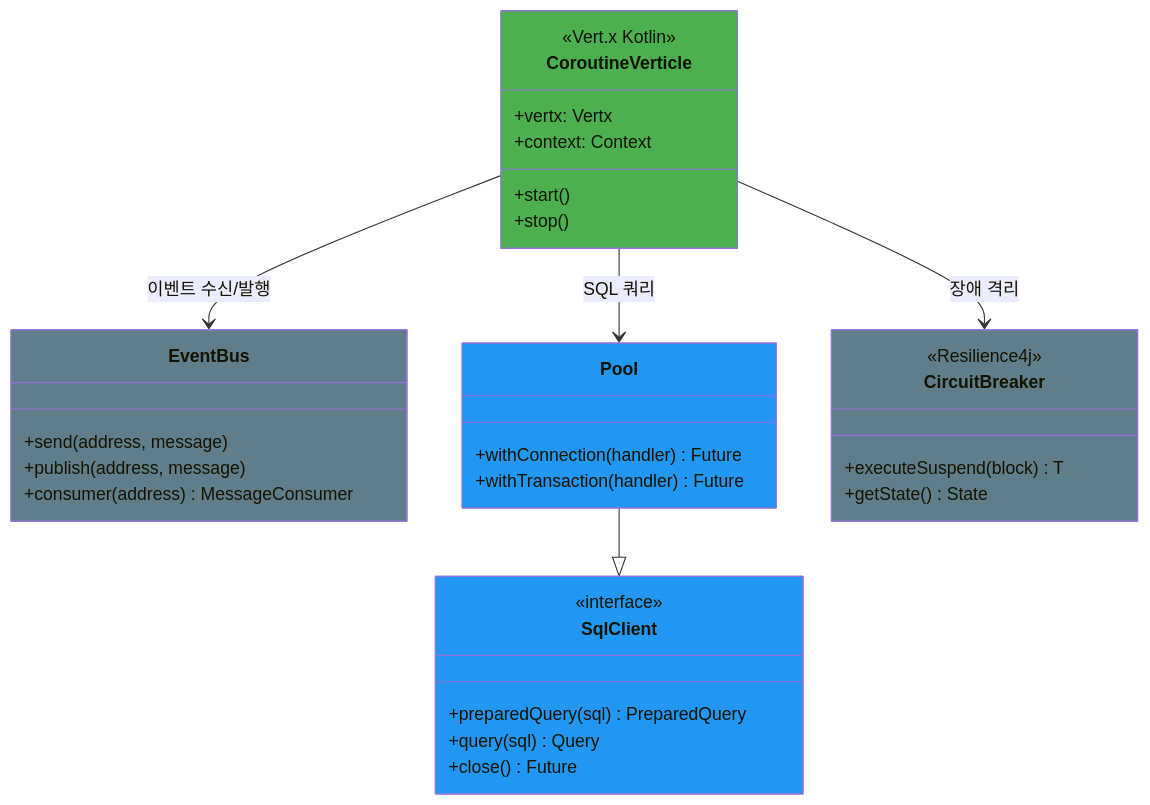
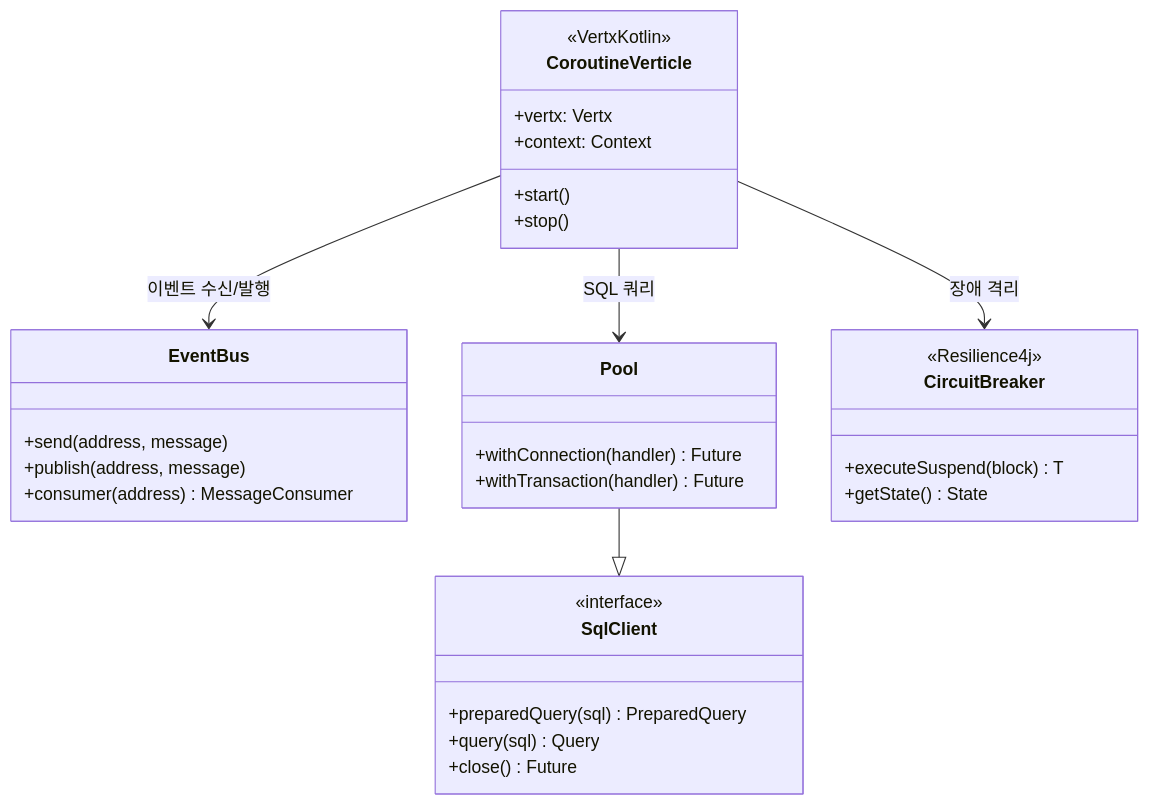
The fourth of 4 diagrams in io/vertx/README.md (bluetape4k/bluetape4k-projects), drawn with Mermaid before and after one commit. The commit also changed other lines of this file and 95 other files, not shown here.

First line of the commit message:
docs: Mermaid 파서 오류 전체 수정 (IntelliJ IDEA 호환)

````diff
--- a/io/vertx/README.md
+++ b/io/vertx/README.md
@@ -149,43 +149,40 @@
 ```mermaid
 classDiagram
-    class CoroutineVerticle:::serverStyle {
-        <<Vert.x Kotlin>>
+    class CoroutineVerticle {
+        <<VertxKotlin>>
         +vertx: Vertx
         +context: Context
         +start()
         +stop()
     }
 
-    class EventBus:::infraStyle {
+    class EventBus {
         +send(address, message)
         +publish(address, message)
         +consumer(address) MessageConsumer
     }
 
-    class SqlClient:::clientStyle {
+    class SqlClient {
         <<interface>>
         +preparedQuery(sql) PreparedQuery
         +query(sql) Query
         +close() Future
     }
 
-    class Pool:::clientStyle {
+    class Pool {
         +withConnection(handler) Future
         +withTransaction(handler) Future
     }
 
-    class CircuitBreaker:::infraStyle {
+    class CircuitBreaker {
         <<Resilience4j>>
         +executeSuspend(block) T
         +getState() State
     }
 
     CoroutineVerticle --> EventBus : 이벤트 수신/발행
     CoroutineVerticle --> Pool : SQL 쿼리
     Pool --|> SqlClient
     CoroutineVerticle --> CircuitBreaker : 장애 격리
 
-    classDef clientStyle fill:#2196F3
-    classDef serverStyle fill:#4CAF50
-    classDef infraStyle  fill:#607D8B
 ```
````
